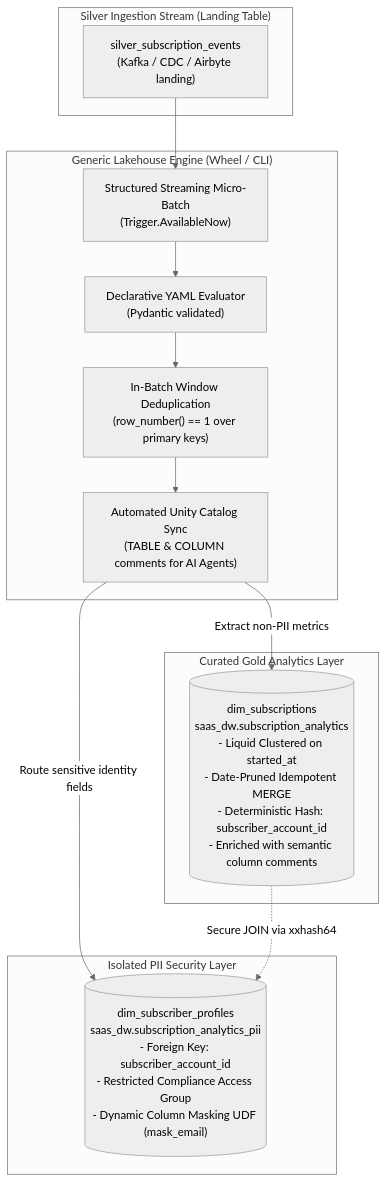
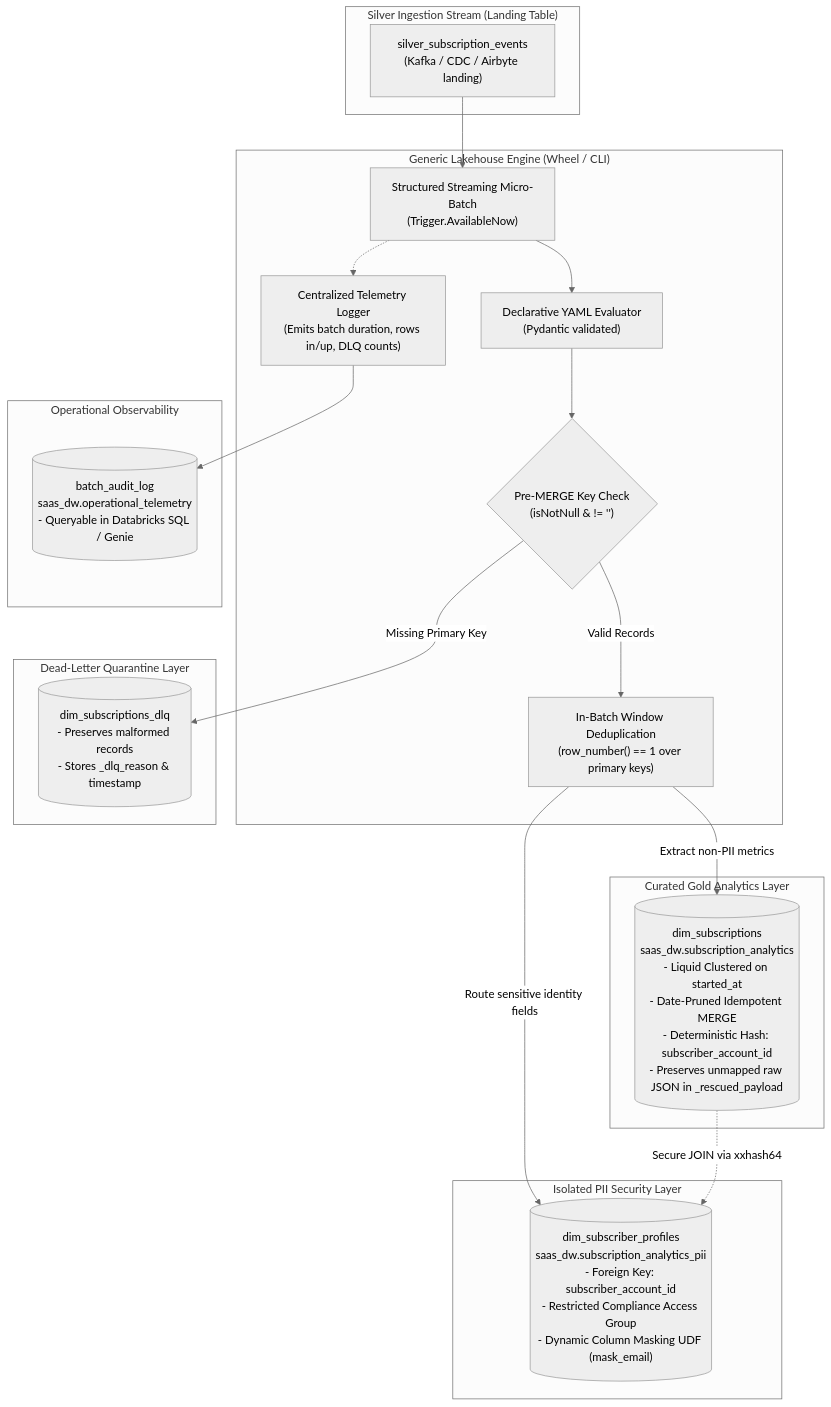
Before and after one commit to anilkulkarni87/databricks-lakehouse-boilerplate: the diagram in README.md, drawn with Mermaid (neutral theme). The commit also changed other lines of this file and 10 other files, not shown here.

Commit message:
feat: implement Phase 1 production hardening (DLQ, rescued payload, operational telemetry)

````diff
--- a/README.md
+++ b/README.md
@@ -20,29 +20,41 @@
 ```mermaid
 flowchart TD
     subgraph SilverLayer ["Silver Ingestion Stream (Landing Table)"]
         StreamSrc["silver_subscription_events<br/>(Kafka / CDC / Airbyte landing)"]
     end
 
     subgraph Engine ["Generic Lakehouse Engine (Wheel / CLI)"]
         MicroBatch["Structured Streaming Micro-Batch<br/>(Trigger.AvailableNow)"]
         Parser["Declarative YAML Evaluator<br/>(Pydantic validated)"]
+        DLQSplit{"Pre-MERGE Key Check<br/>(isNotNull & != '')"}
         Dedup["In-Batch Window Deduplication<br/>(row_number() == 1 over primary keys)"]
-        CatalogSync["Automated Unity Catalog Sync<br/>(TABLE & COLUMN comments for AI Agents)"]
+        AuditLog["Centralized Telemetry Logger<br/>(Emits batch duration, rows in/up, DLQ counts)"]
+    end
+
+    subgraph DLQLayer ["Dead-Letter Quarantine Layer"]
+        DLQTable[("dim_subscriptions_dlq<br/>- Preserves malformed records<br/>- Stores _dlq_reason & timestamp")]
     end
 
     subgraph GoldDW ["Curated Gold Analytics Layer"]
-        GoldTable[("dim_subscriptions<br/>saas_dw.subscription_analytics<br/>- Liquid Clustered on started_at<br/>- Date-Pruned Idempotent MERGE<br/>- Deterministic Hash: subscriber_account_id<br/>- Enriched with semantic column comments")]
+        GoldTable[("dim_subscriptions<br/>saas_dw.subscription_analytics<br/>- Liquid Clustered on started_at<br/>- Date-Pruned Idempotent MERGE<br/>- Deterministic Hash: subscriber_account_id<br/>- Preserves unmapped raw JSON in _rescued_payload")]
     end
 
     subgraph PIILayer ["Isolated PII Security Layer"]
         PIITable[("dim_subscriber_profiles<br/>saas_dw.subscription_analytics_pii<br/>- Foreign Key: subscriber_account_id<br/>- Restricted Compliance Access Group<br/>- Dynamic Column Masking UDF (mask_email)")]
     end
 
+    subgraph AuditLayer ["Operational Observability"]
+        AuditTable[("batch_audit_log<br/>saas_dw.operational_telemetry<br/>- Queryable in Databricks SQL / Genie")]
+    end
+
     StreamSrc --> MicroBatch
     MicroBatch --> Parser
-    Parser --> Dedup
-    Dedup --> CatalogSync
-    CatalogSync -->|"Extract non-PII metrics"| GoldTable
-    CatalogSync -->|"Route sensitive identity fields"| PIITable
+    Parser --> DLQSplit
+    DLQSplit -->|"Missing Primary Key"| DLQTable
+    DLQSplit -->|"Valid Records"| Dedup
+    Dedup -->|"Extract non-PII metrics"| GoldTable
+    Dedup -->|"Route sensitive identity fields"| PIITable
     GoldTable -.->|"Secure JOIN via xxhash64"| PIITable
+    MicroBatch -.-> AuditLog
+    AuditLog --> AuditTable
 ```
````
